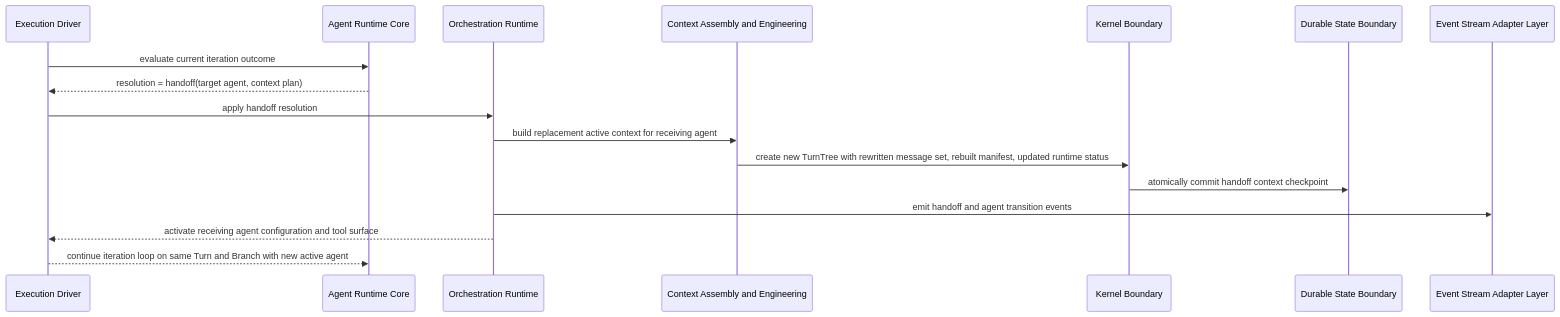
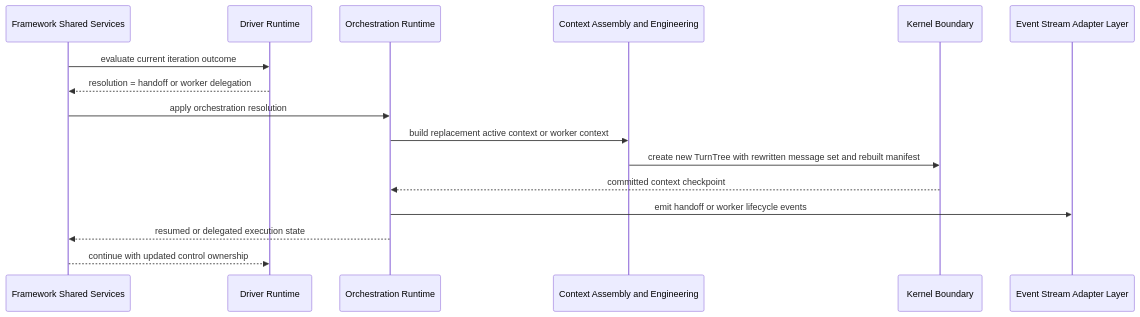
The fifth of 5 diagrams in constitution/Architecture.md (Tuvren/runtime), drawn with Mermaid before and after one commit. The commit also changed other lines of this file and 4 other files, not shown here.

Commit message:
Reframe Kraken docs around shared framework foundations and drivers

````diff
--- a/constitution/Architecture.md
+++ b/constitution/Architecture.md
@@ -266,20 +270,19 @@
 ```mermaid
 sequenceDiagram
-participant Driver as Execution Driver
-participant Core as Agent Runtime Core
+participant Framework as Framework Shared Services
+participant Driver as Driver Runtime
 participant Orch as Orchestration Runtime
 participant Context as Context Assembly and Engineering
 participant Kernel as Kernel Boundary
-participant State as Durable State Boundary
 participant Events as Event Stream Adapter Layer
 
-Driver->>Core: evaluate current iteration outcome
-Core-->>Driver: resolution = handoff(target agent, context plan)
-Driver->>Orch: apply handoff resolution
-Orch->>Context: build replacement active context for receiving agent
-Context->>Kernel: create new TurnTree with rewritten message set, rebuilt manifest, updated runtime status
-Kernel->>State: atomically commit handoff context checkpoint
-Orch->>Events: emit handoff and agent transition events
-Orch-->>Driver: activate receiving agent configuration and tool surface
-Driver-->>Core: continue iteration loop on same Turn and Branch with new active agent
+Framework->>Driver: evaluate current iteration outcome
+Driver-->>Framework: resolution = handoff or worker delegation
+Framework->>Orch: apply orchestration resolution
+Orch->>Context: build replacement active context or worker context
+Context->>Kernel: create new TurnTree with rewritten message set and rebuilt manifest
+Kernel-->>Orch: committed context checkpoint
+Orch->>Events: emit handoff or worker lifecycle events
+Orch-->>Framework: resumed or delegated execution state
+Framework-->>Driver: continue with updated control ownership
 ```
````
